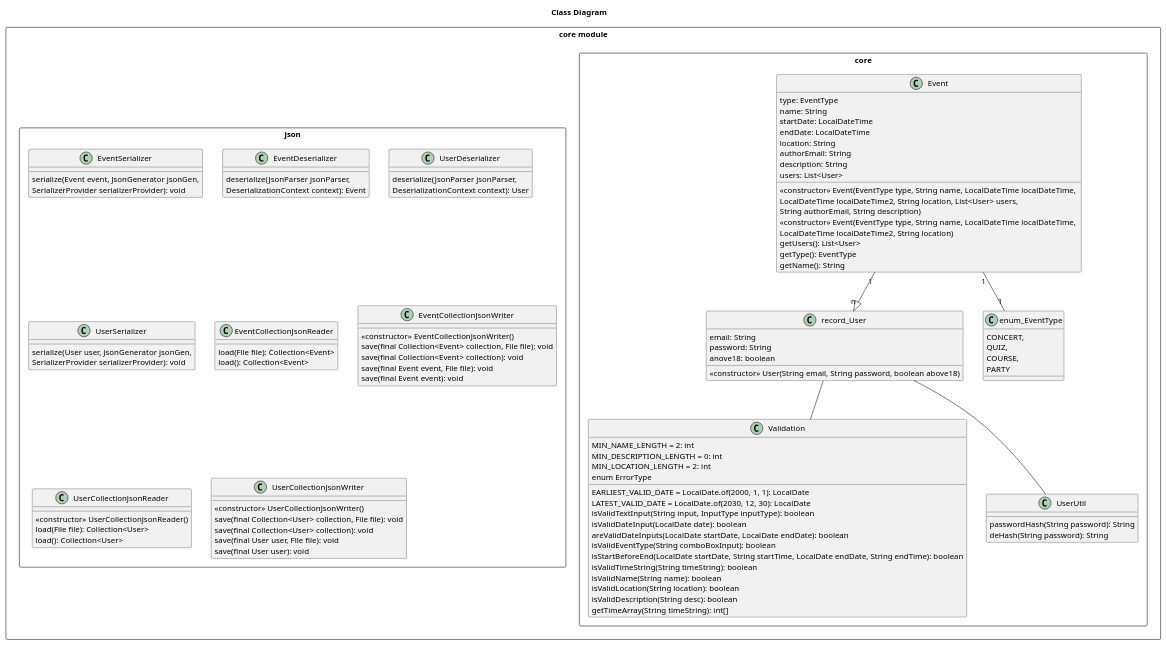
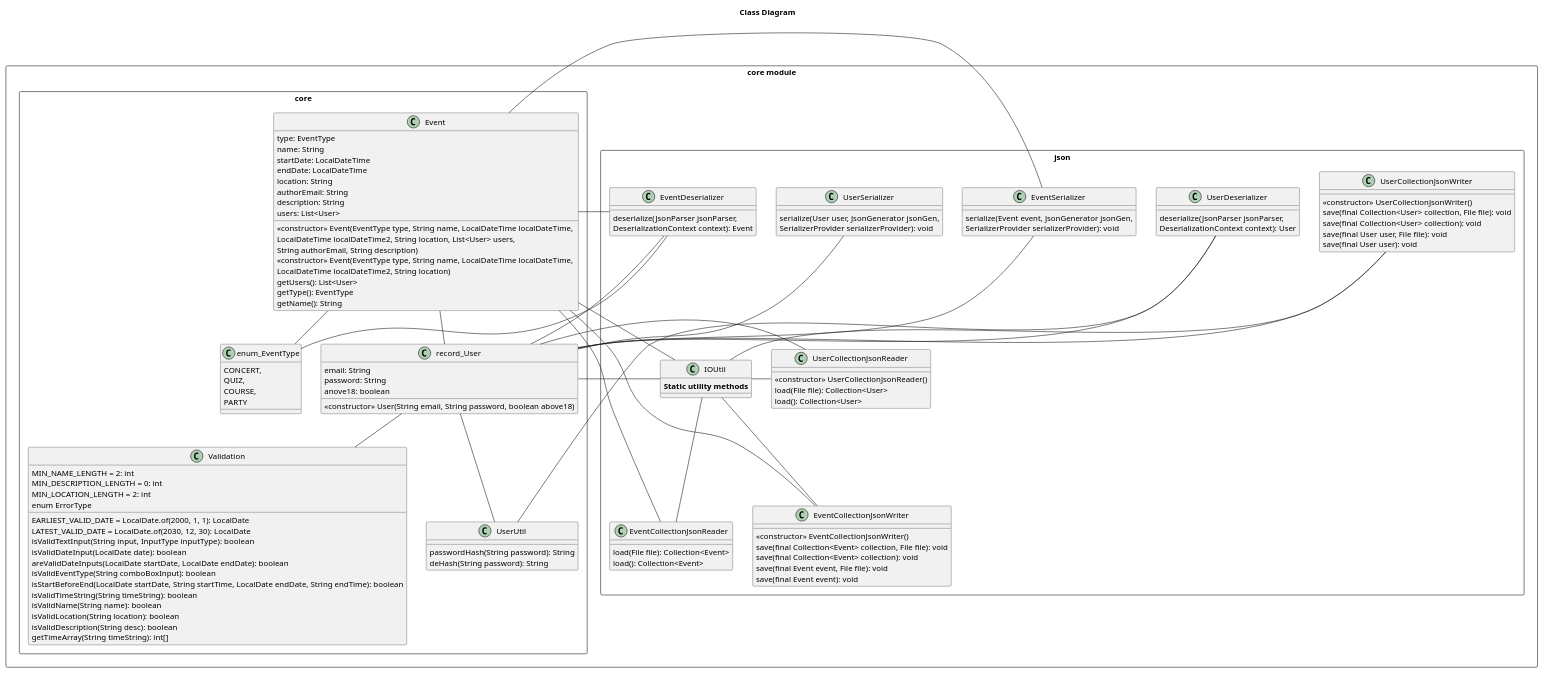
Before and after one commit to thorsjur/event-planner-itp: the diagram in docs/diagrams/classDiagram.puml, drawn with PlantUML. The commit also changed 1 other file, not shown here.

Commit message:
Added class diagram (#90)

```diff
--- a/docs/diagrams/classDiagram.puml
+++ b/docs/diagrams/classDiagram.puml
@@ -1,120 +1,141 @@
 @startuml Class Diagram
 title Class Diagram
 
 package "core module" <<Rectangle>>{
     package core <<Rectangle>> {
         class Validation{
             EARLIEST_VALID_DATE = LocalDate.of(2000, 1, 1): LocalDate 
             LATEST_VALID_DATE = LocalDate.of(2030, 12, 30): LocalDate 
             MIN_NAME_LENGTH = 2: int 
             MIN_DESCRIPTION_LENGTH = 0: int 
             MIN_LOCATION_LENGTH = 2: int 
             enum ErrorType
             isValidTextInput(String input, InputType inputType): boolean
             isValidDateInput(LocalDate date): boolean
             areValidDateInputs(LocalDate startDate, LocalDate endDate): boolean
             isValidEventType(String comboBoxInput): boolean
             isStartBeforeEnd(LocalDate startDate, String startTime, LocalDate endDate, String endTime): boolean
             isValidTimeString(String timeString): boolean
             isValidName(String name): boolean
             isValidLocation(String location): boolean
             isValidDescription(String desc): boolean
             getTimeArray(String timeString): int[]
         }
 
         class record_User{
             email: String 
             password: String 
             anove18: boolean 
             <<constructor>> User(String email, String password, boolean above18)
         }
 
         class Event{
             type: EventType 
             name: String 
             startDate: LocalDateTime 
             endDate: LocalDateTime 
             location: String 
             authorEmail: String 
             description: String 
             users: List<User>
             <<constructor>> Event(EventType type, String name, LocalDateTime localDateTime, \nLocalDateTime localDateTime2, String location, List<User> users, 
                 String authorEmail, String description)
             <<constructor>> Event(EventType type, String name, LocalDateTime localDateTime,
                     LocalDateTime localDateTime2, String location)
             getUsers(): List<User> 
             getType(): EventType 
             getName(): String 
         }
 
         class enum_EventType{
             CONCERT,
             QUIZ,
             COURSE,
             PARTY
         }
 
         class UserUtil{
             passwordHash(String password): String
             deHash(String password): String
         }
     }
 
     package json <<Rectangle>> {
         class EventSerializer{
             serialize(Event event, JsonGenerator jsonGen, 
             SerializerProvider serializerProvider): void 
         }
 
         class EventDeserializer{
             deserialize(JsonParser jsonParser, 
             DeserializationContext context): Event
         }
 
         class UserDeserializer{
             deserialize(JsonParser jsonParser, 
             DeserializationContext context): User
         }
 
         class UserSerializer{
             serialize(User user, JsonGenerator jsonGen, 
             SerializerProvider serializerProvider): void
         }
 
         class EventCollectionJsonReader{
             load(File file): Collection<Event>
             load(): Collection<Event> 
         }
 
         class EventCollectionJsonWriter{
             <<constructor>> EventCollectionJsonWriter()
             save(final Collection<Event> collection, File file): void
             save(final Collection<Event> collection): void 
             save(final Event event, File file): void 
             save(final Event event): void
         }
 
         class UserCollectionJsonReader{
             <<constructor>> UserCollectionJsonReader()
             load(File file): Collection<User> 
             load(): Collection<User> 
         }
 
         class UserCollectionJsonWriter{
             <<constructor>> UserCollectionJsonWriter()
             save(final Collection<User> collection, File file): void
             save(final Collection<User> collection): void 
             save(final User user, File file): void
             save(final User user): void 
         }
+
+        class IOUtil{
+            **Static utility methods**
+        }
     }
 }
 
 
-Event "1"--|>"n" record_User
-Event "1"--"1" enum_EventType
+Event -- record_User
+Event -- enum_EventType
 record_User -- Validation
 record_User -- UserUtil
-
+Event -- IOUtil
+record_User -- IOUtil
+EventCollectionJsonReader -- Event
+EventCollectionJsonReader -up- IOUtil
+EventCollectionJsonWriter -- Event
+EventCollectionJsonWriter -up- IOUtil
+EventDeserializer -- record_User
+EventDeserializer -- Event
+EventDeserializer -- enum_EventType
+EventSerializer -left- Event
+EventSerializer -left- record_User
+UserCollectionJsonReader -- record_User
+UserCollectionJsonReader -left- IOUtil
+UserCollectionJsonWriter -down- record_User
+UserCollectionJsonWriter -down- IOUtil
+UserDeserializer -- record_User
+UserDeserializer -right- UserUtil
+UserSerializer -- record_User
 
 @enduml
```
